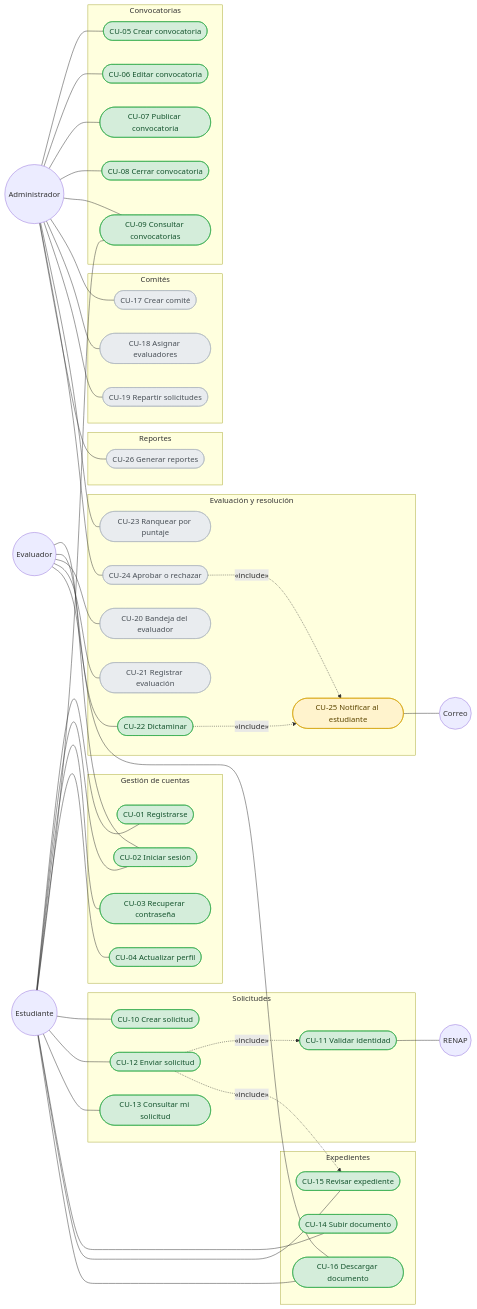
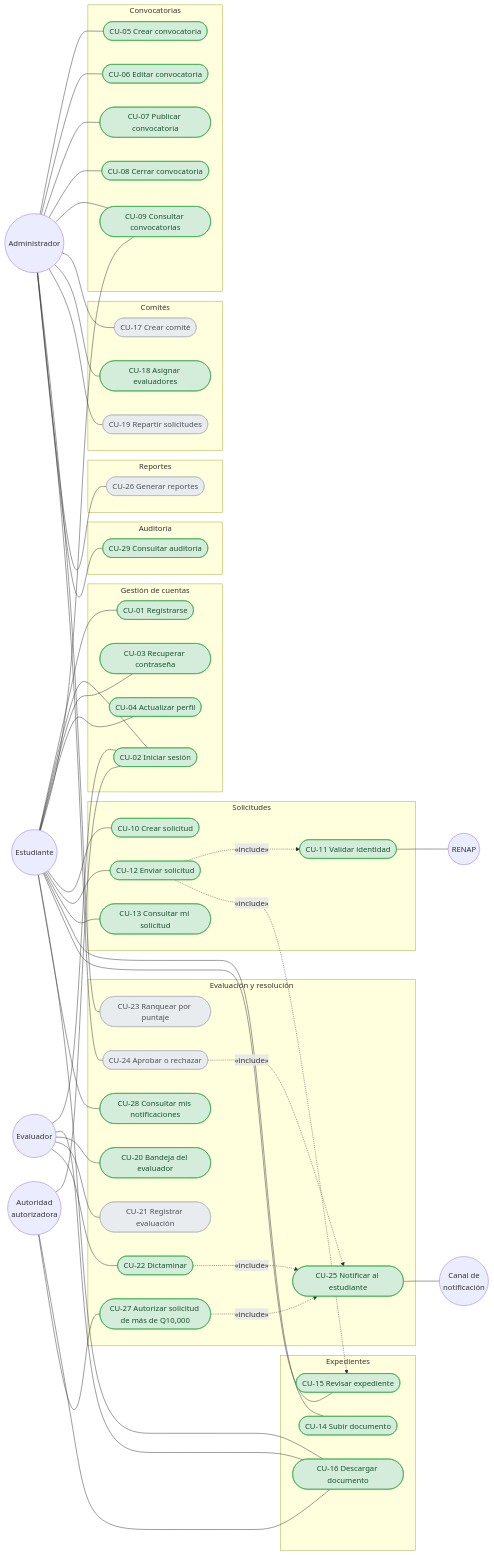
The second of 4 diagrams in docs/anexo-5-documento-de-diseno.md (lelrxuch/actividad-umg), drawn with Mermaid before and after one commit. The commit also changed other lines of this file and 4 other files, not shown here.

````diff
--- a/docs/anexo-5-documento-de-diseno.md
+++ b/docs/anexo-5-documento-de-diseno.md
@@ -259,8 +260,9 @@
     EST(("Estudiante"))
     EVA(("Evaluador"))
     ADM(("Administrador"))
+    AUT(("Autoridad<br/>autorizadora"))
     RENAP(("RENAP"))
-    MAIL(("Correo"))
+    MAIL(("Canal de<br/>notificación"))
 
     subgraph CUENTAS["Gestión de cuentas"]
         CU01(["CU-01 Registrarse"])
@@ -303,6 +305,12 @@
         CU23(["CU-23 Ranquear por puntaje"])
         CU24(["CU-24 Aprobar o rechazar"])
         CU25(["CU-25 Notificar al estudiante"])
+        CU27(["CU-27 Autorizar solicitud de más de Q10,000"])
+        CU28(["CU-28 Consultar mis notificaciones"])
+    end
+
+    subgraph AUD["Auditoría"]
+        CU29(["CU-29 Consultar auditoría"])
     end
 
     subgraph REP["Reportes"]
@@ -320,6 +328,7 @@
     EST --- CU14
     EST --- CU15
     EST --- CU16
+    EST --- CU28
 
     EVA --- CU02
     EVA --- CU16
@@ -338,19 +347,24 @@
     ADM --- CU23
     ADM --- CU24
     ADM --- CU26
+    ADM --- CU29
+
+    AUT --- CU02
+    AUT --- CU16
+    AUT --- CU27
 
     CU12 -. "«include»" .-> CU11
     CU12 -. "«include»" .-> CU15
     CU11 --- RENAP
     CU22 -. "«include»" .-> CU25
     CU24 -. "«include»" .-> CU25
+    CU27 -. "«include»" .-> CU25
     CU25 --- MAIL
 
     classDef listo fill:#d4edda,stroke:#28a745,color:#14532d
     classDef parcial fill:#fff3cd,stroke:#d39e00,color:#5c4500
     classDef falta fill:#e9ecef,stroke:#adb5bd,color:#495057
 
-    class CU01,CU02,CU03,CU04,CU05,CU06,CU07,CU08,CU09,CU10,CU11,CU12,CU13,CU14,CU15,CU16,CU22 listo
-    class CU25 parcial
-    class CU17,CU18,CU19,CU20,CU21,CU23,CU24,CU26 falta
+    class CU01,CU02,CU03,CU04,CU05,CU06,CU07,CU08,CU09,CU10,CU11,CU12,CU13,CU14,CU15,CU16,CU18,CU20,CU22,CU25,CU27,CU28,CU29 listo
+    class CU17,CU19,CU21,CU23,CU24,CU26 falta
 ```
````
